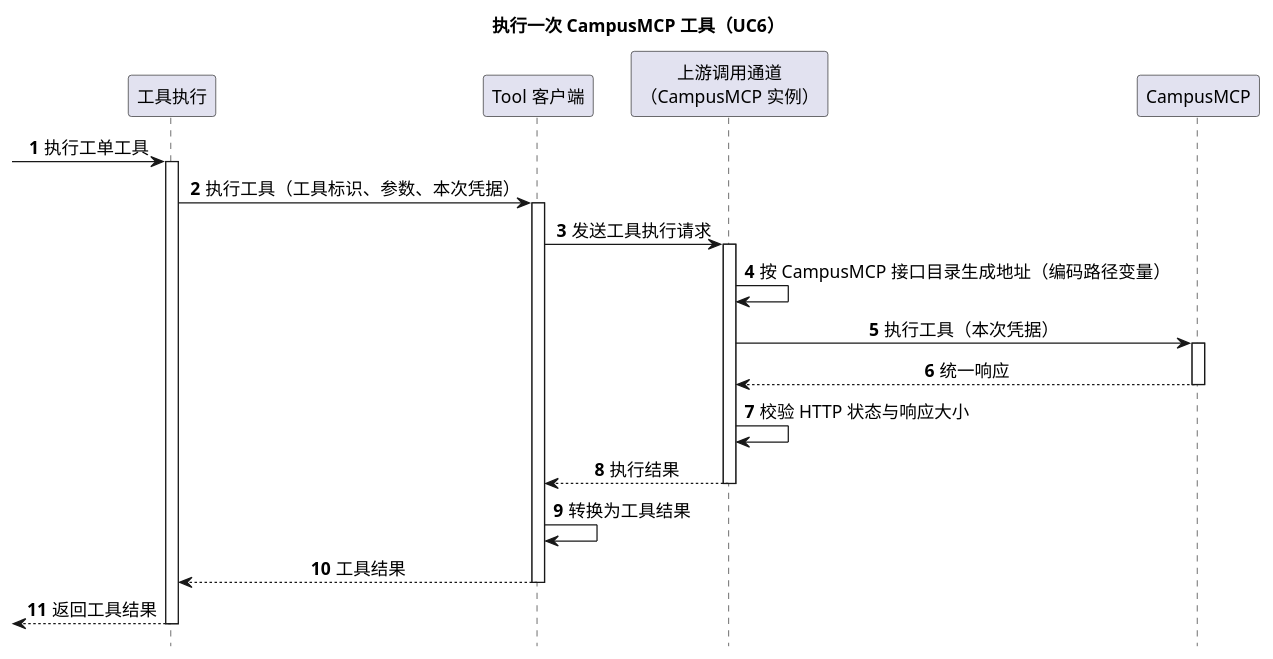
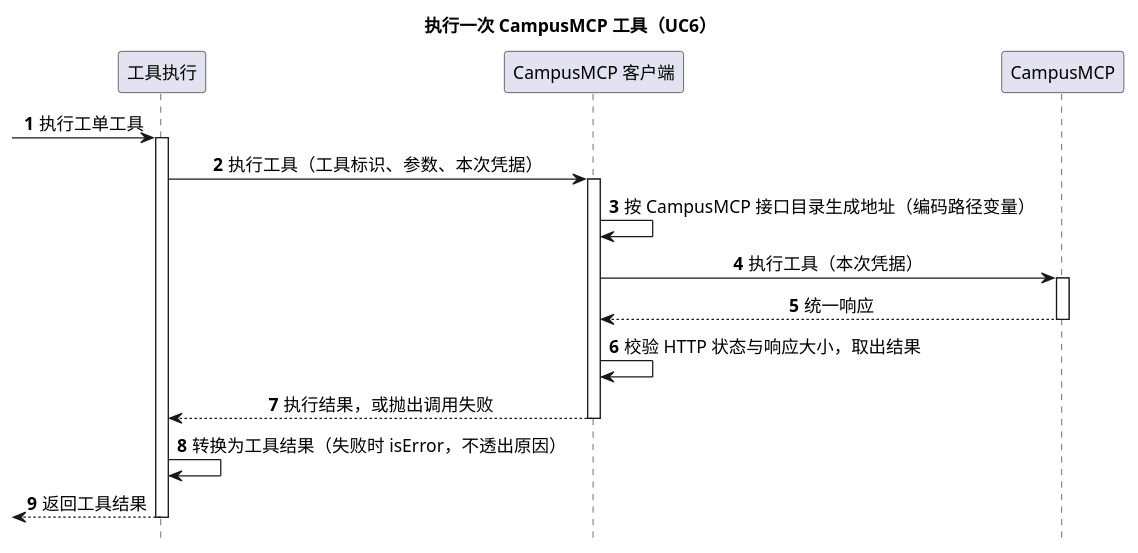
Before and after one commit to ssm0808/pi-mono-java-design: the fourth of 4 diagrams in 02-服务与接口/02-CampusMate共享客户端配置/diagram.puml, drawn with PlantUML. The commit also changed other lines of this file and 5 other files, not shown here.

First line of the commit message:
客户端按上游划分：只保留 CampusMateClient、CampusMcpClient

```diff
--- a/02-服务与接口/02-CampusMate共享客户端配置/diagram.puml
+++ b/02-服务与接口/02-CampusMate共享客户端配置/diagram.puml
@@ -259,29 +256,26 @@
 @startuml campusmate_short_request_sequence
 ' Java 基线：628dca25a694d9d056b15f012e1223d68091ab66；2026-10-21 拉取 main。
 ' 源码：modules/coding-agent-cli/src/main/java/com/campusclaw/codingagent/tool/mate/MateRemoteToolHandler.java callTool。
-' 源码：modules/coding-agent-cli/src/main/java/com/campusclaw/codingagent/common/client/HttpMateToolClient.java invokeTool、toToolResult。
-' 已观察行为：现状经 MateRestUtil 发往 Mate；目标：待实现，HttpMateToolClient 改用 campusMcpHttpClient 发往 CampusMCP。
-' 设计原因：超时、响应上限与失败判定只在通道生效，是本设计的独立边界，因此单列为参与者。
+' 源码：modules/coding-agent-cli/src/main/java/com/campusclaw/codingagent/common/client/HttpMateToolClient.java invokeTool、toToolResult（待删除，转换逻辑移到 MateRemoteToolHandler）。
+' 已观察行为：现状经 HttpMateToolClient 与 MateRestUtil 发往 Mate；目标：待实现，MateRemoteToolHandler 直接调 CampusMcpClient 发往 CampusMCP。
+' 设计原因：发送组件包在客户端内部，不单列参与者；错误码转换在调用方，因此工具执行负责转换成工具结果。
 title 执行一次 CampusMCP 工具（UC6）
 hide footbox
 skinparam backgroundColor white
 skinparam defaultFontSize 14
 skinparam sequenceMessageAlign center
 autonumber
 participant "工具执行" as Exec
-participant "Tool 客户端" as ToolClient
-participant "上游调用通道\n（CampusMCP 实例）" as Channel
+participant "CampusMCP 客户端" as McpClient
 participant "CampusMCP" as Mcp
 [-> Exec ++ : 执行工单工具
-Exec -> ToolClient ++ : 执行工具（工具标识、参数、本次凭据）
-ToolClient -> Channel ++ : 发送工具执行请求
-Channel -> Channel : 按 CampusMCP 接口目录生成地址（编码路径变量）
-Channel -> Mcp ++ : 执行工具（本次凭据）
+Exec -> McpClient ++ : 执行工具（工具标识、参数、本次凭据）
+McpClient -> McpClient : 按 CampusMCP 接口目录生成地址（编码路径变量）
+McpClient -> Mcp ++ : 执行工具（本次凭据）
 return 统一响应
-Channel -> Channel : 校验 HTTP 状态与响应大小
-return 执行结果
-ToolClient -> ToolClient : 转换为工具结果
-return 工具结果
+McpClient -> McpClient : 校验 HTTP 状态与响应大小，取出结果
+return 执行结果，或抛出调用失败
+Exec -> Exec : 转换为工具结果（失败时 isError，不透出原因）
 [<-- Exec : 返回工具结果
 deactivate Exec
 @enduml
```
